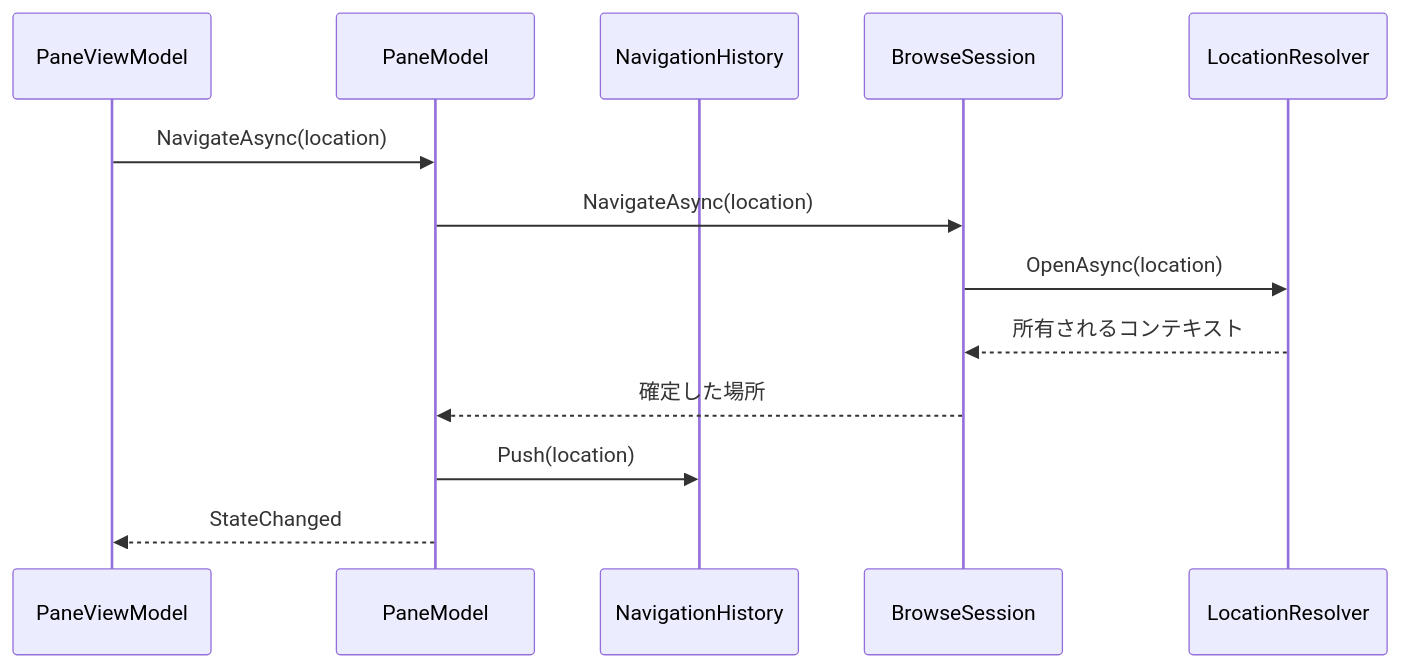
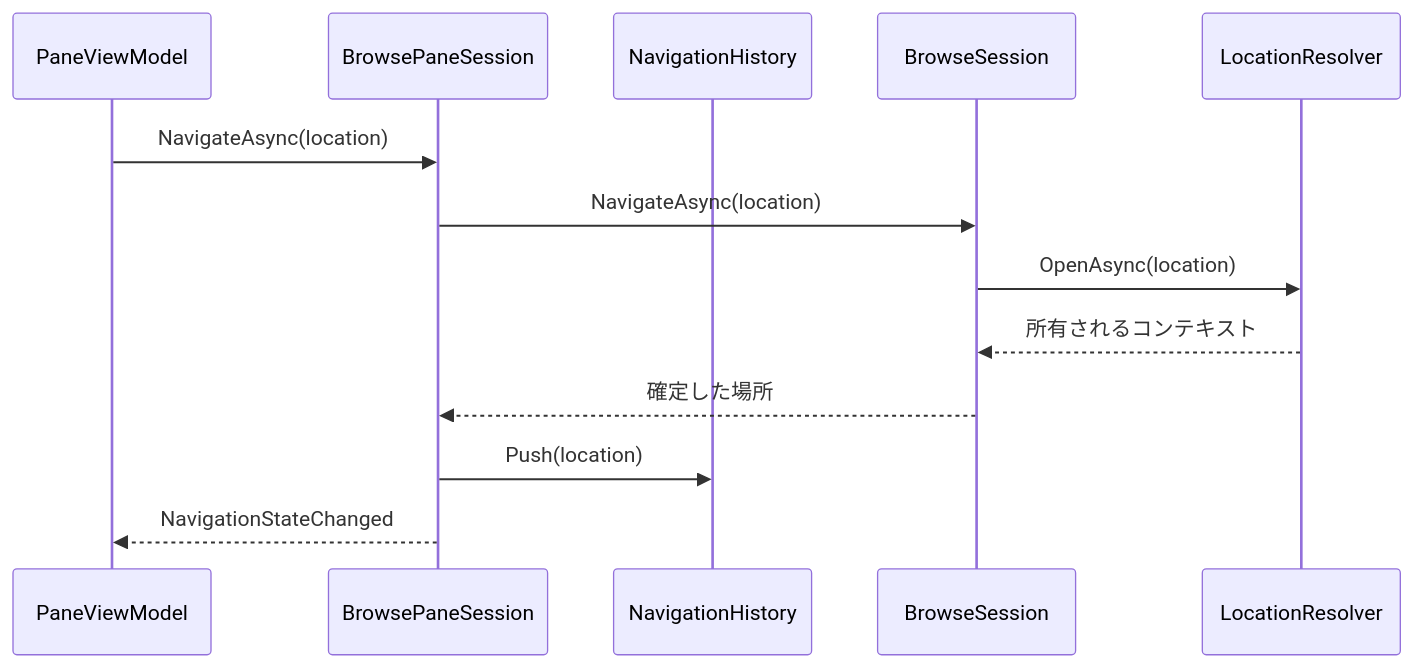
One commit to 0x5bfa/ReFiles changed the second of 4 diagrams in docs/app-models.md. Above: the diagram before and after it, drawn with Mermaid. The commit also changed other lines of this file and 93 other files, not shown here.

Commit message:
Rearchitect application state management

````diff
--- a/docs/app-models.md
+++ b/docs/app-models.md
@@ -110,16 +122,16 @@
 ```mermaid
 sequenceDiagram
     participant VM as PaneViewModel
-    participant Pane as PaneModel
+    participant Pane as BrowsePaneSession
     participant History as NavigationHistory
     participant Session as BrowseSession
     participant Resolver as LocationResolver
 
     VM->>Pane: NavigateAsync(location)
     Pane->>Session: NavigateAsync(location)
     Session->>Resolver: OpenAsync(location)
     Resolver-->>Session: 所有されるコンテキスト
     Session-->>Pane: 確定した場所
     Pane->>History: Push(location)
-    Pane-->>VM: StateChanged
+    Pane-->>VM: NavigationStateChanged
 ```
````
